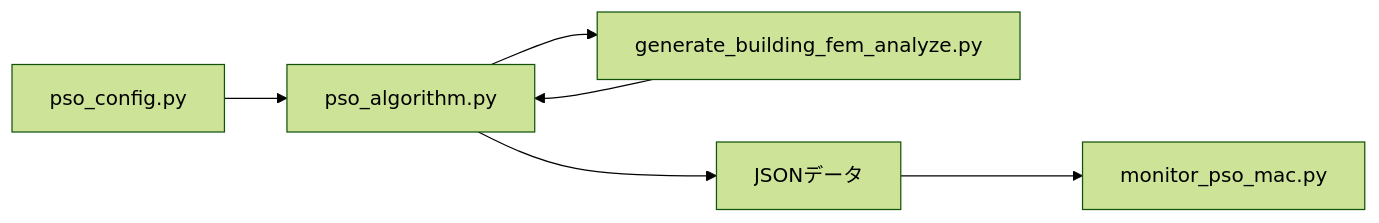
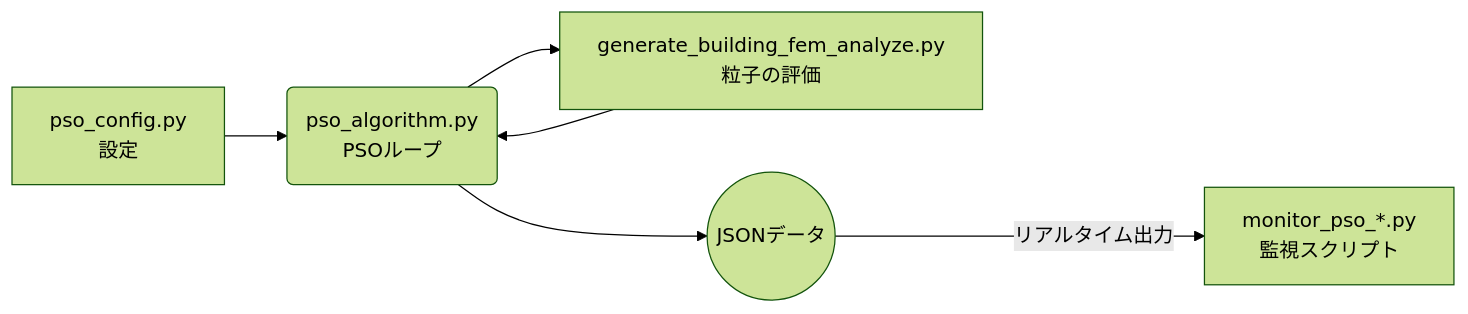
The diagram in docs/PSO_usage.md (jkushida/ai-arch), drawn with Mermaid (forest theme) before and after one commit. The commit also changed 3 other files, not shown here.

First line of the commit message:
Restore full Mermaid diagrams with proper initialization 🎨

````diff
--- a/docs/PSO_usage.md
+++ b/docs/PSO_usage.md
@@ -17,8 +17,7 @@
 ```mermaid
 graph LR
-    A[pso_config.py] --> B[pso_algorithm.py]
-    B --> C[generate_building_fem_analyze.py]
+    A[pso_config.py<br/>設定] --> B(pso_algorithm.py<br/>PSOループ)
+    B --> C[generate_building_fem_analyze.py<br/>粒子の評価]
     C --> B
-    B --> D[JSONデータ]
-    D --> E[monitor_pso_mac.py]
+    B --> D((JSONデータ)) -- リアルタイム出力 --> E[monitor_pso_*.py<br/>監視スクリプト]
 ```
````
